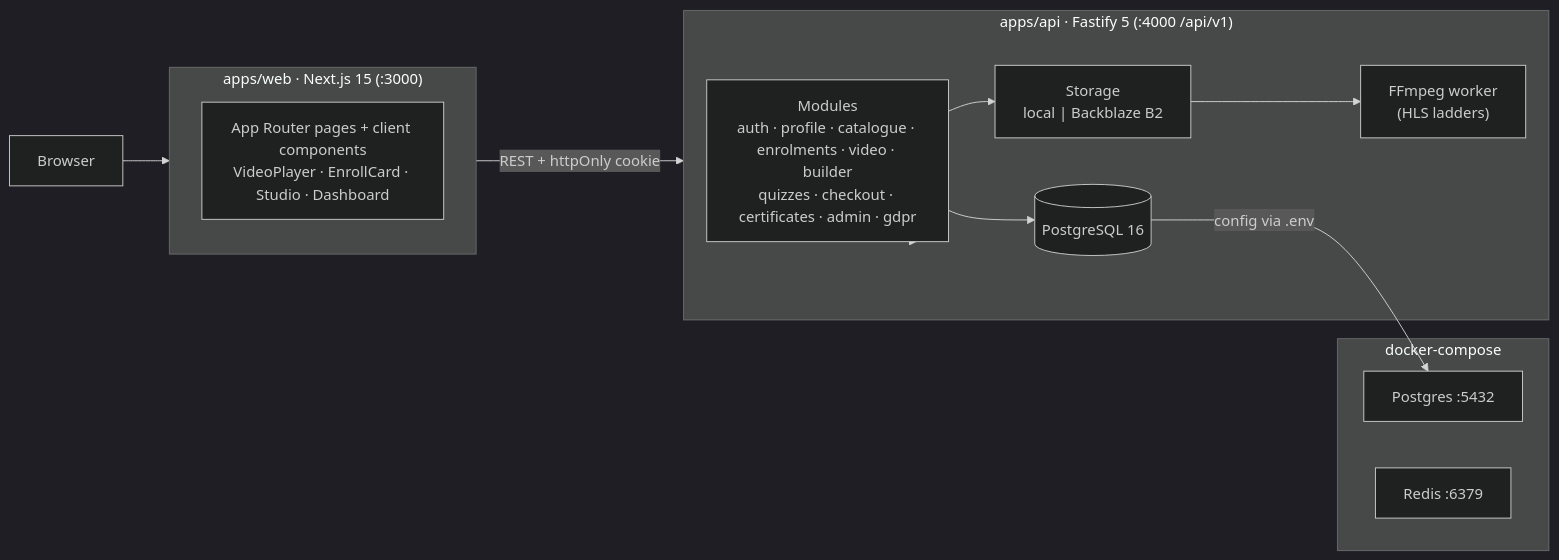
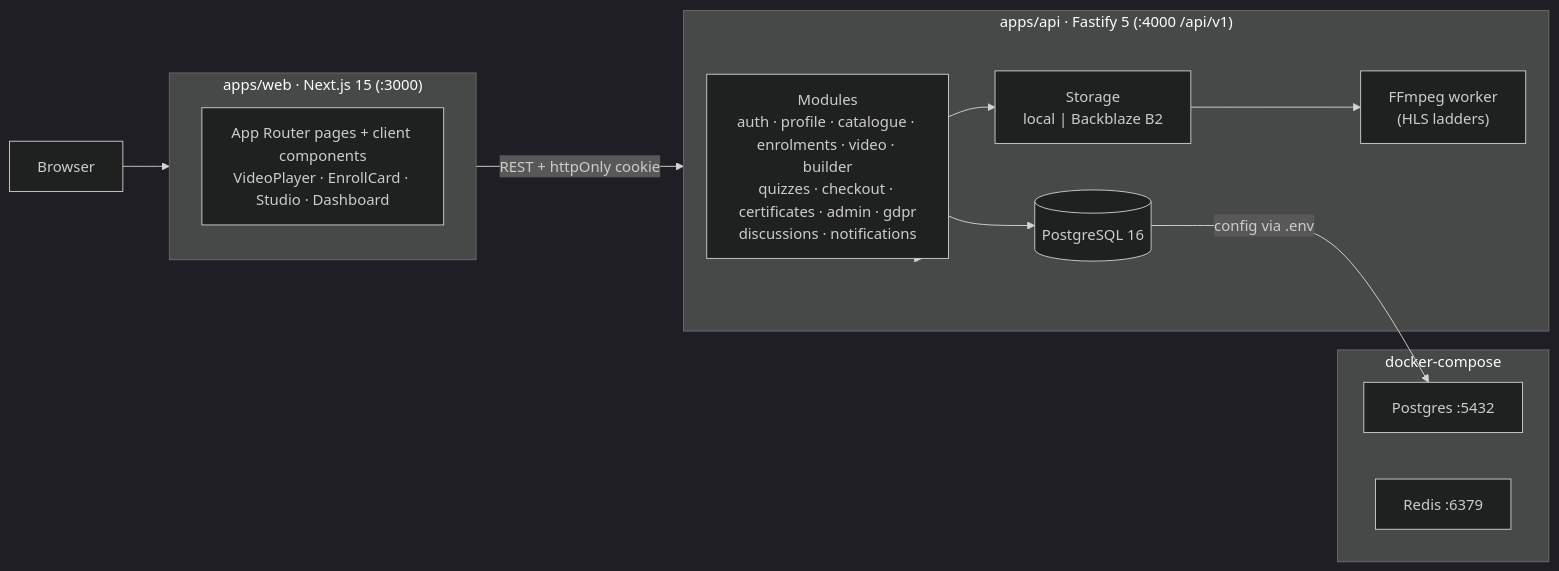
Before and after one commit to Godwin-88/laughing-waffle: the diagram in README.md, drawn with Mermaid (dark theme). The commit also changed other lines of this file and 26 other files, not shown here.

Commit message:
feat(api,web,docs): add course discussions and notifications (US-6.1.1, US-10.1.1)

````diff
--- a/README.md
+++ b/README.md
@@ -10,19 +10,19 @@
 ```mermaid
 flowchart LR
     subgraph Web["apps/web · Next.js 15 (:3000)"]
         W["App Router pages + client components<br/>VideoPlayer · EnrollCard · Studio · Dashboard"]
     end
     subgraph API["apps/api · Fastify 5 (:4000 /api/v1)"]
-        M["Modules<br/>auth · profile · catalogue · enrolments · video · builder<br/>quizzes · checkout · certificates · admin · gdpr"]
+        M["Modules<br/>auth · profile · catalogue · enrolments · video · builder<br/>quizzes · checkout · certificates · admin · gdpr<br/>discussions · notifications"]
         DB[("PostgreSQL 16")]
         S3["Storage<br/>local | Backblaze B2"]
         FF["FFmpeg worker<br/>(HLS ladders)"]
     end
     subgraph Infra["docker-compose"]
         PG["Postgres :5432"] & RD["Redis :6379"]
     end
     Browser --> Web -->|REST + httpOnly cookie| API
     API --> M --> DB
     M --> S3 --> FF
     DB -->|config via .env| PG
 ```
````
